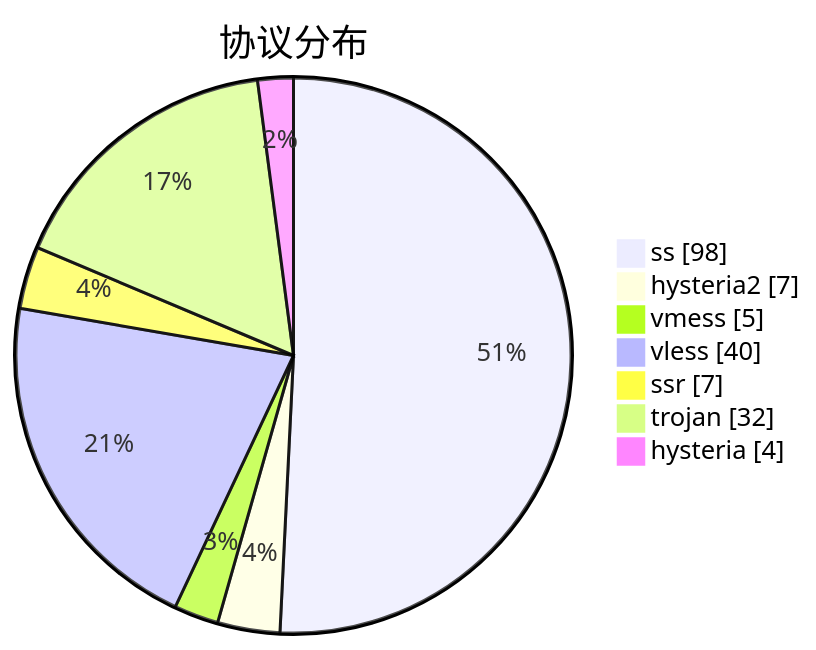
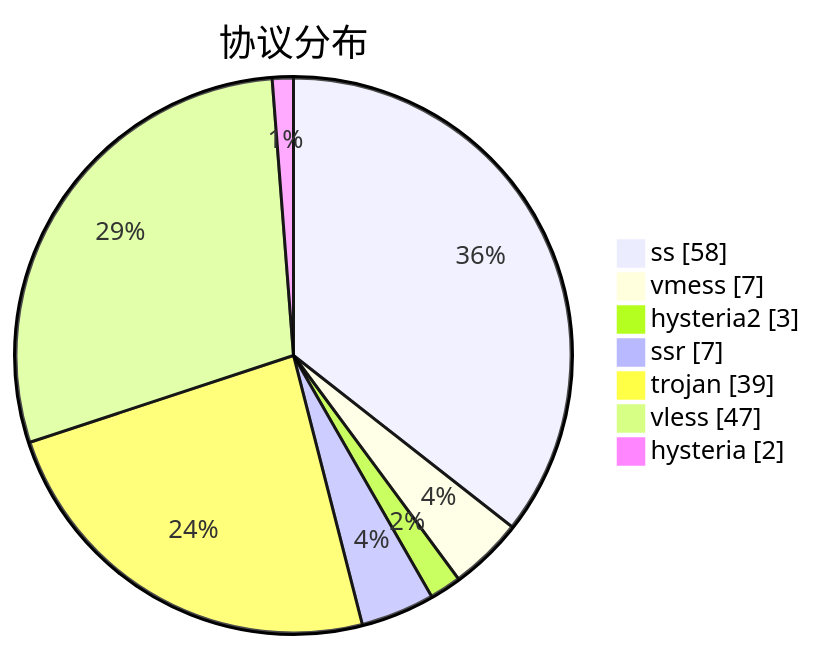
The third of 3 diagrams in subs/statistics/tested_within.md (sinspired/airport), drawn with Mermaid before and after one commit. The commit also changed other lines of this file and 2 other files, not shown here.

````diff
--- a/subs/statistics/tested_within.md
+++ b/subs/statistics/tested_within.md
@@ -35,11 +31,11 @@
 ```mermaid
 pie showData
 title 协议分布
-"ss" : 98
-"hysteria2" : 7
-"vmess" : 5
-"vless" : 40
+"ss" : 58
+"vmess" : 7
+"hysteria2" : 3
 "ssr" : 7
-"trojan" : 32
-"hysteria" : 4
+"trojan" : 39
+"vless" : 47
+"hysteria" : 2
 ```
````
